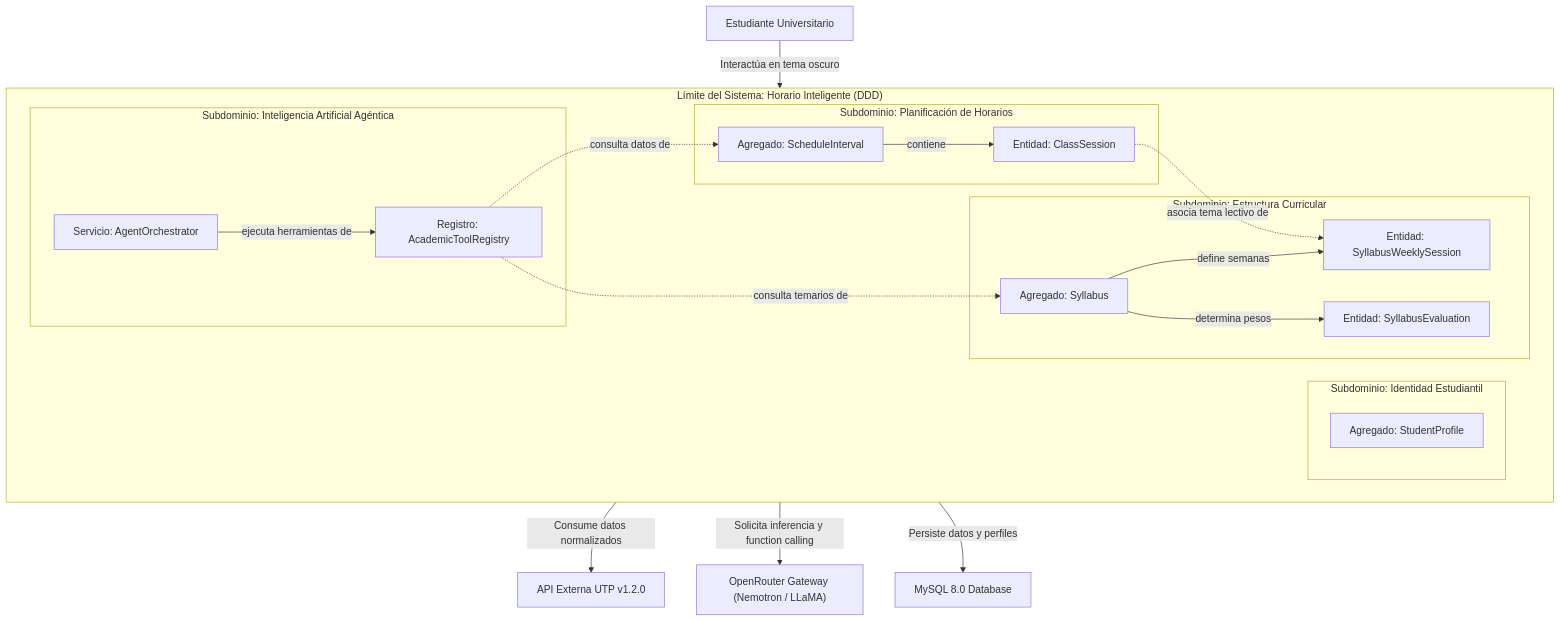
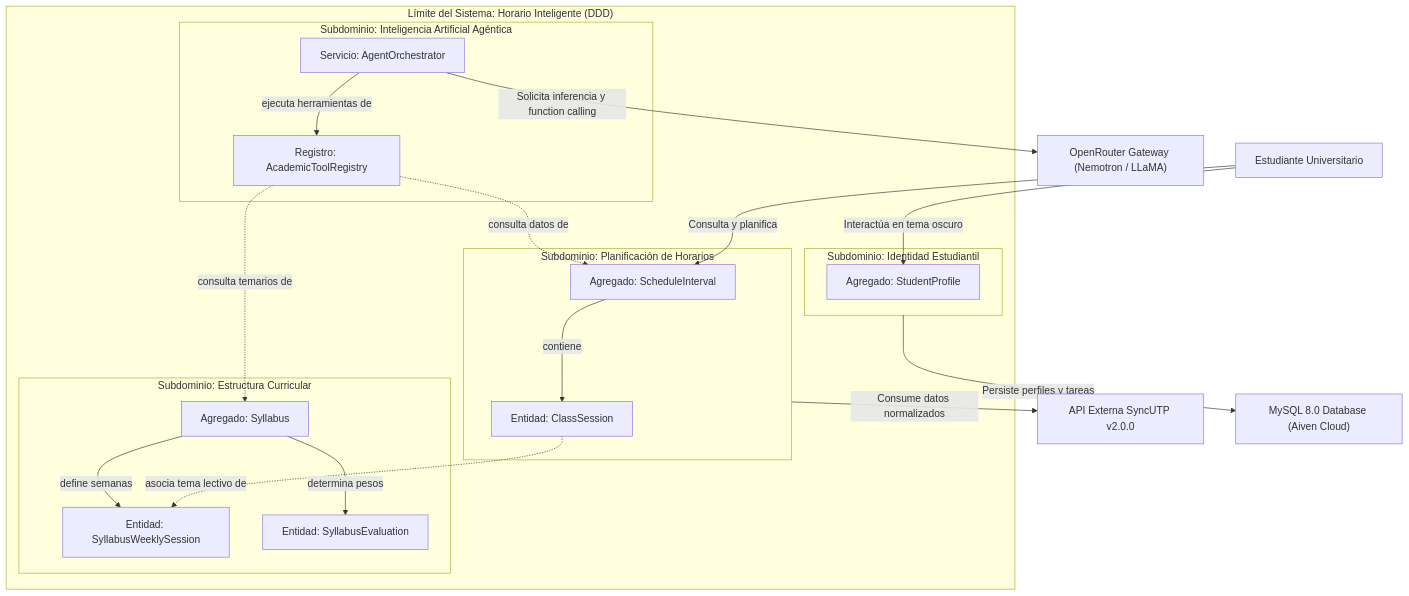
Before and after one commit to Joan2022Laurente/horarioInteligente: the second of 9 diagrams in INFORME_TECNICO_PROYECTO.md, drawn with Mermaid. The commit also changed other lines of this file, not shown here.

Commit message:
docs(informe): optimizar sintaxis de diagramas mermaid para compatibilidad total de renderizado

````diff
--- a/INFORME_TECNICO_PROYECTO.md
+++ b/INFORME_TECNICO_PROYECTO.md
@@ -364,37 +364,38 @@
 ```mermaid
 graph TB
     subgraph DominioAcademico["Límite del Sistema: Horario Inteligente (DDD)"]
         subgraph SubdominioHorario["Subdominio: Planificación de Horarios"]
             ScheduleInterval["Agregado: ScheduleInterval"]
             ClassSession["Entidad: ClassSession"]
             ScheduleInterval -->|contiene| ClassSession
         end
 
         subgraph SubdominioSilabo["Subdominio: Estructura Curricular"]
             Syllabus["Agregado: Syllabus"]
             SyllabusSession["Entidad: SyllabusWeeklySession"]
             Evaluation["Entidad: SyllabusEvaluation"]
             Syllabus -->|define semanas| SyllabusSession
             Syllabus -->|determina pesos| Evaluation
         end
 
         subgraph SubdominioEstudiante["Subdominio: Identidad Estudiantil"]
             StudentProfile["Agregado: StudentProfile"]
         end
 
         subgraph SubdominioAsistenteIA["Subdominio: Inteligencia Artificial Agéntica"]
             AgentOrchestrator["Servicio: AgentOrchestrator"]
             ToolRegistry["Registro: AcademicToolRegistry"]
             AgentOrchestrator -->|ejecuta herramientas de| ToolRegistry
         end
 
         ClassSession -.->|asocia tema lectivo de| SyllabusSession
         ToolRegistry -.->|consulta datos de| ScheduleInterval
         ToolRegistry -.->|consulta temarios de| Syllabus
     end
 
-    Usuario["Estudiante Universitario"] -->|Interactúa en tema oscuro| DominioAcademico
-    DominioAcademico -->|Consume datos normalizados| ApiExterna["API Externa UTP v1.2.0"]
-    DominioAcademico -->|Solicita inferencia y function calling| OpenRouter["OpenRouter Gateway (Nemotron / LLaMA)"]
-    DominioAcademico -->|Persiste datos y perfiles| MySqlDB["MySQL 8.0 Database"]
+    Usuario["Estudiante Universitario"] -->|Interactúa en tema oscuro| StudentProfile
+    Usuario -->|Consulta y planifica| ScheduleInterval
+    SubdominioHorario -->|Consume datos normalizados| ApiExterna["API Externa SyncUTP v2.0.0"]
+    AgentOrchestrator -->|Solicita inferencia y function calling| OpenRouter["OpenRouter Gateway (Nemotron / LLaMA)"]
+    SubdominioEstudiante -->|Persiste perfiles y tareas| MySqlDB["MySQL 8.0 Database (Aiven Cloud)"]
 ```
````
